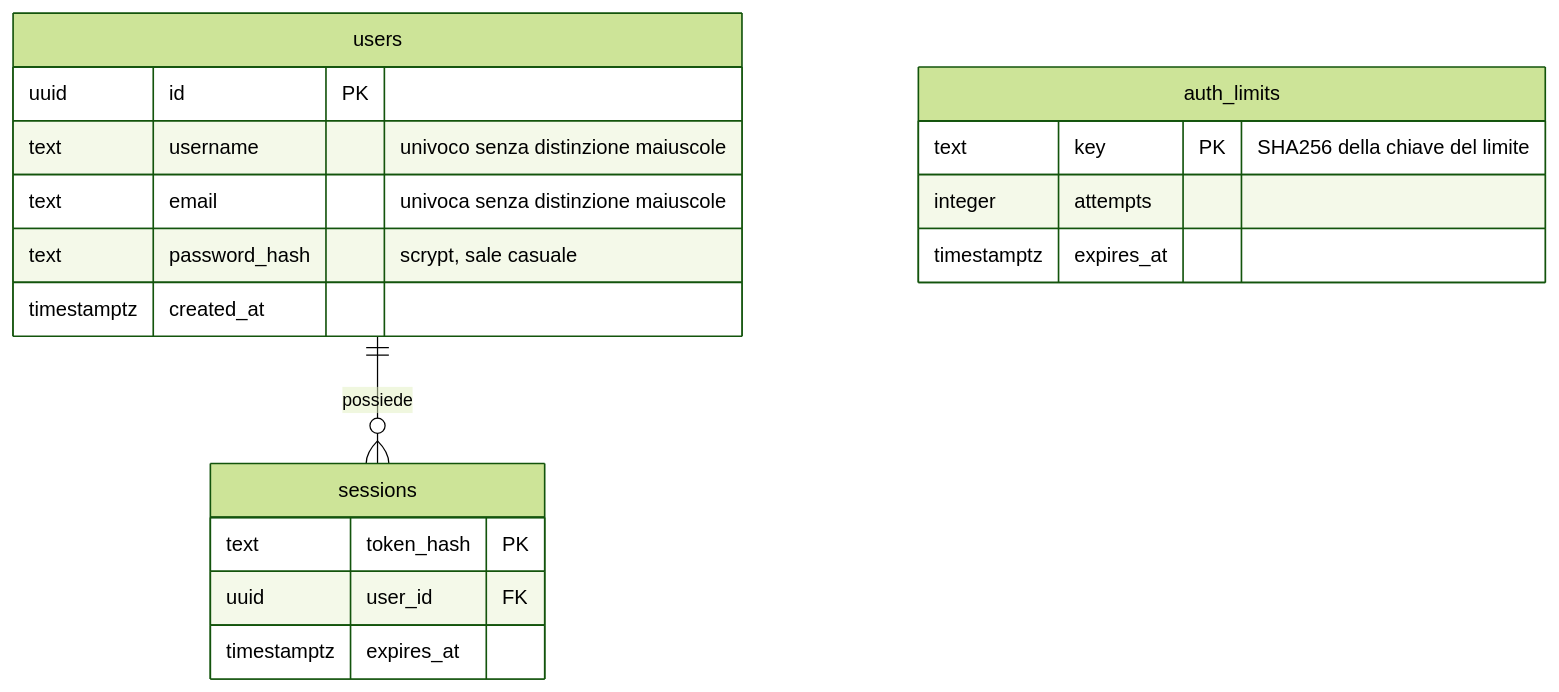
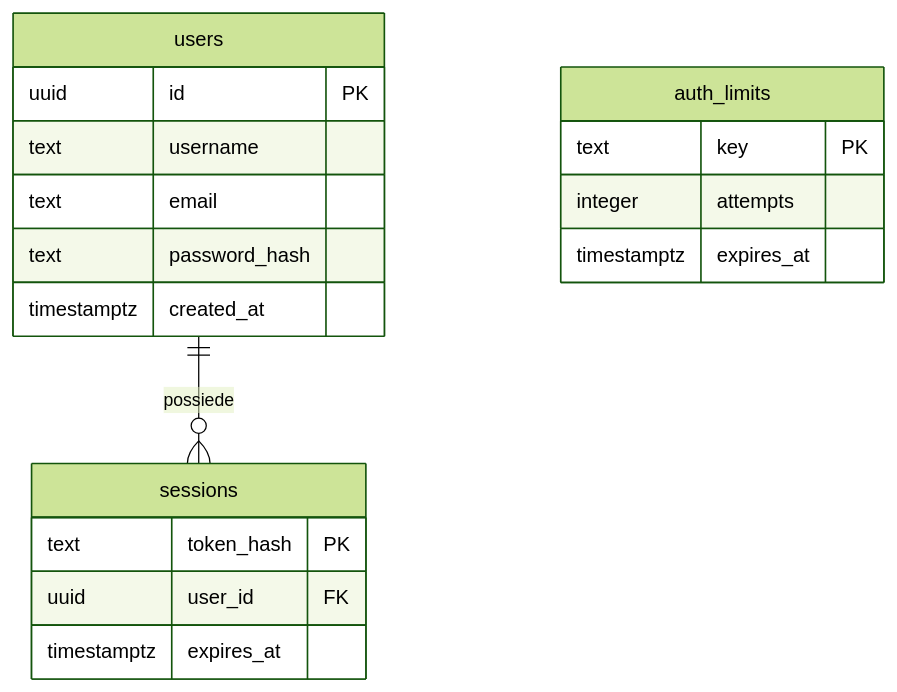
The second of 2 diagrams in documentation/authentication.md (NASA-SPACEAPP-2026/Space-Mission-Design-Game), drawn with Mermaid (forest theme) before and after one commit. The commit also changed other lines of this file and 4 other files, not shown here.

````diff
--- a/documentation/authentication.md
+++ b/documentation/authentication.md
@@ -25,21 +27,21 @@
 ```mermaid
 erDiagram
   users ||--o{ sessions : possiede
   users {
     uuid id PK
-    text username "univoco senza distinzione maiuscole"
-    text email "univoca senza distinzione maiuscole"
-    text password_hash "scrypt, sale casuale"
+    text username
+    text email
+    text password_hash
     timestamptz created_at
   }
   sessions {
     text token_hash PK
     uuid user_id FK
     timestamptz expires_at
   }
   auth_limits {
-    text key PK "SHA256 della chiave del limite"
+    text key PK
     integer attempts
     timestamptz expires_at
   }
 ```
````
